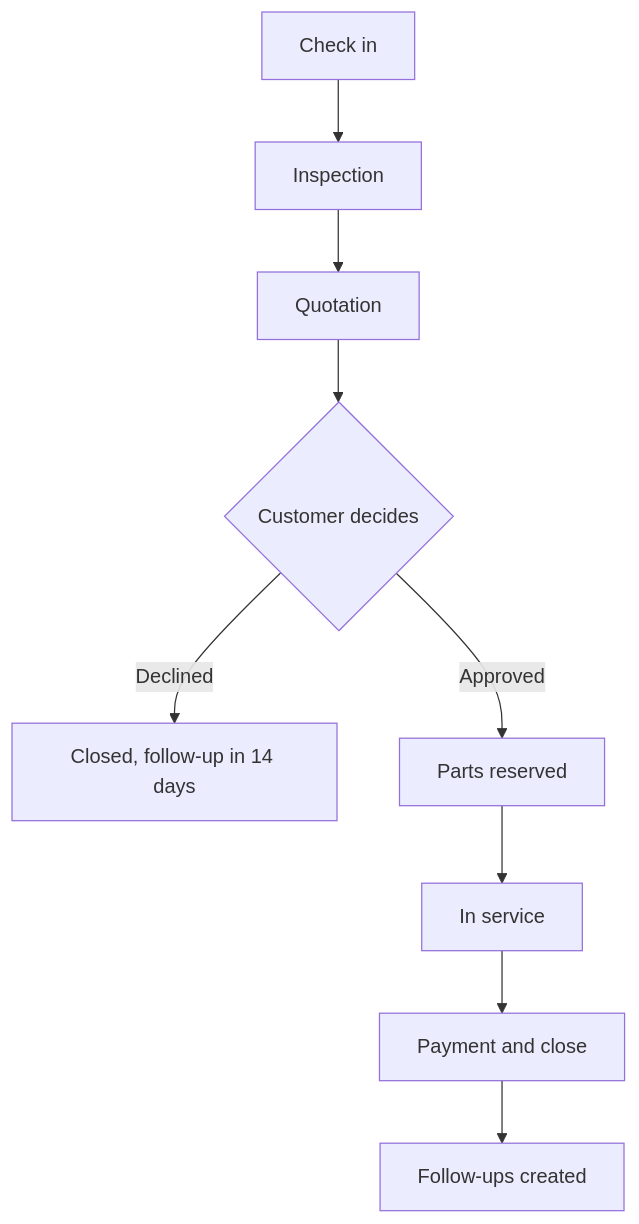
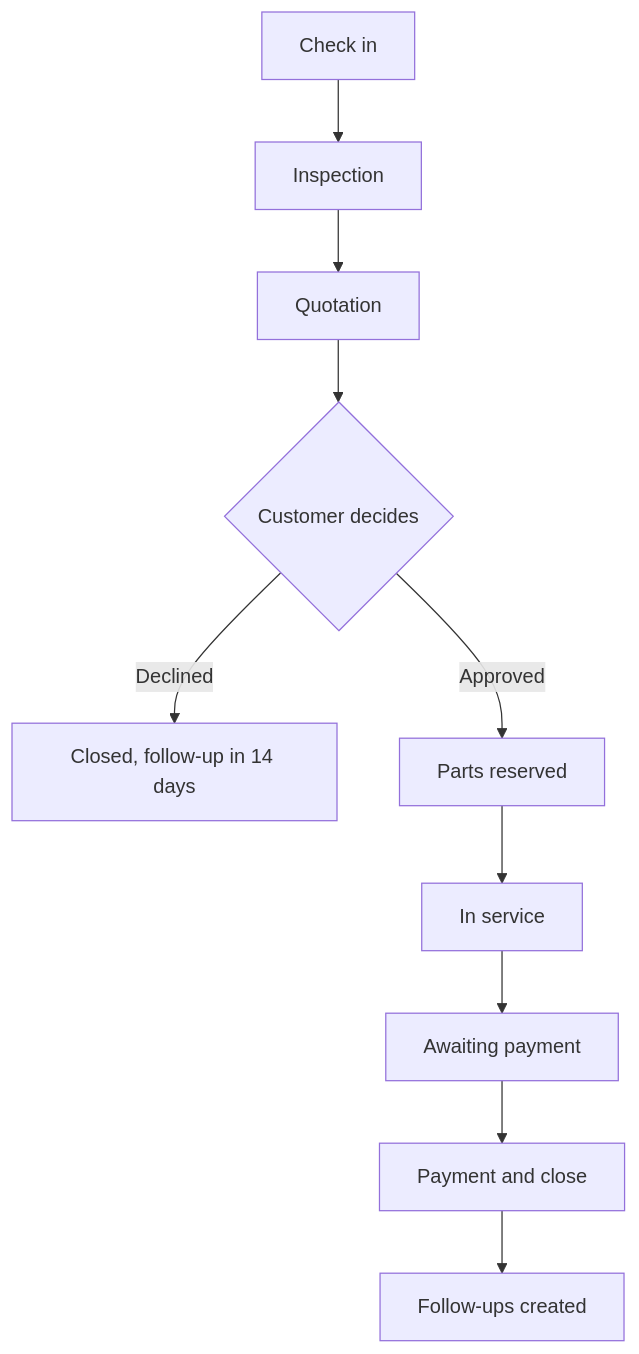
Before and after one commit to YapSeng98/NEXAUTO: the diagram in README.md, drawn with Mermaid. The commit also changed other lines of this file and 8 other files, not shown here.

First line of the commit message:
Add an Awaiting payment stage, and track money that arrives later

````diff
--- a/README.md
+++ b/README.md
@@ -82,11 +83,12 @@
 ```mermaid
 flowchart TD
   A[Check in] --> B[Inspection]
   B --> C[Quotation]
   C --> D{Customer decides}
   D -- Declined --> X[Closed, follow-up in 14 days]
   D -- Approved --> E[Parts reserved]
   E --> F[In service]
-  F --> G[Payment and close]
+  F --> W[Awaiting payment]
+  W --> G[Payment and close]
   G --> H[Follow-ups created]
 ```
````
